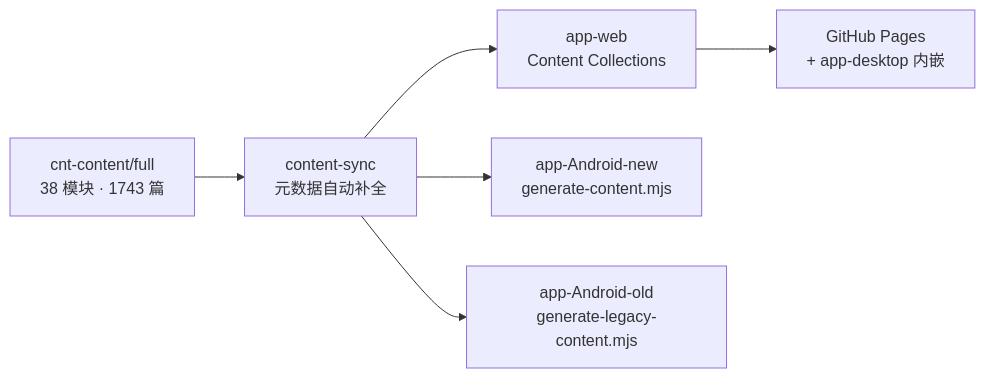
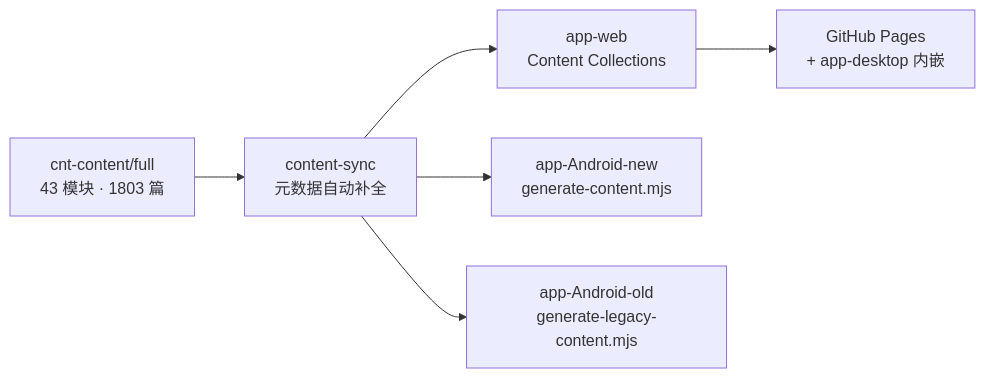
Before and after one commit to fanquanpp/FANDEX: the diagram in README.md, drawn with Mermaid. The commit also changed other lines of this file and 12 other files, not shown here.

````diff
--- a/README.md
+++ b/README.md
@@ -137,8 +137,8 @@
 ```mermaid
 flowchart LR
-    A["cnt-content/full\n38 模块 · 1743 篇"] --> B["content-sync\n元数据自动补全"]
+    A["cnt-content/full\n43 模块 · 1803 篇"] --> B["content-sync\n元数据自动补全"]
     B --> C["app-web\nContent Collections"]
     B --> D["app-Android-new\ngenerate-content.mjs"]
     B --> E["app-Android-old\ngenerate-legacy-content.mjs"]
     C --> F["GitHub Pages\n+ app-desktop 内嵌"]
 ```
````
